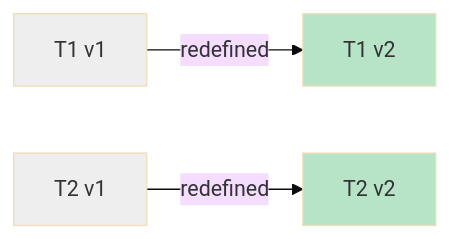
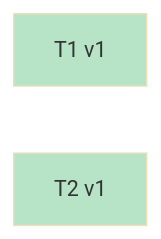
Diagram 21 of 23 in docs/specs/OVERVIEW.md (Curry09/AHE-Beta), drawn with Mermaid (base theme) before and after one commit. The commit also changed other lines of this file and 22 other files, not shown here.

First line of the commit message:
feat(frontend): 场景改为自绘三房间，弃用四房间底图，房间立职能木牌

````diff
--- a/docs/specs/OVERVIEW.md
+++ b/docs/specs/OVERVIEW.md
@@ -1293,15 +543,8 @@
 ```mermaid
 graph LR
     v_T1_1["T1 v1"]
-    v_T1_2["T1 v2"]
-    v_T1_1 -->|redefined| v_T1_2
     v_T2_1["T2 v1"]
-    v_T2_2["T2 v2"]
-    v_T2_1 -->|redefined| v_T2_2
     classDef st_done fill:#b7e4c7;
-    classDef st_pending fill:#eeeeee;
-    class v_T1_1 st_pending;
-    class v_T1_2 st_done;
-    class v_T2_1 st_pending;
-    class v_T2_2 st_done;
+    class v_T1_1 st_done;
+    class v_T2_1 st_done;
 ```
````
